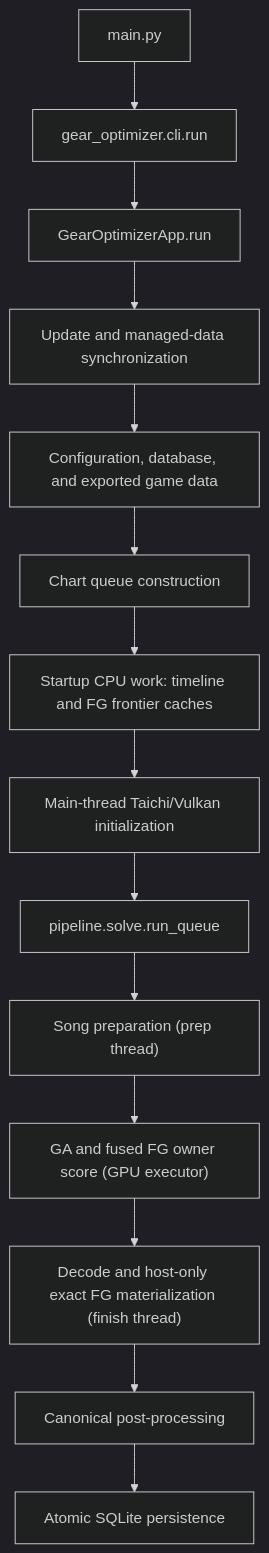
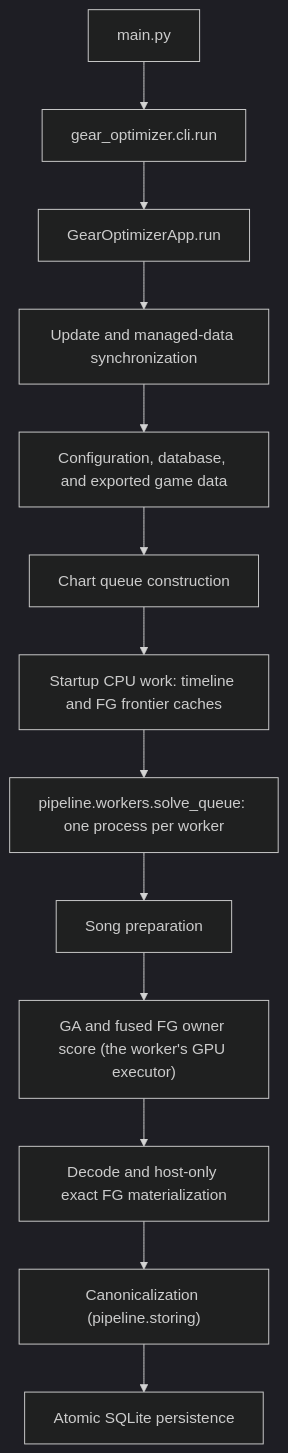
One commit to TheBaconactor/RoBeats-Calculator-Engine changed the first of 3 diagrams in docs/ARCHITECTURE.md. Above: the diagram before and after it, drawn with Mermaid (dark theme). The commit also changed other lines of this file and 39 other files, not shown here.

````diff
--- a/docs/ARCHITECTURE.md
+++ b/docs/ARCHITECTURE.md
@@ -22,16 +22,15 @@
 ```mermaid
 flowchart TD
     A["main.py"] --> B["gear_optimizer.cli.run"]
     B --> C["GearOptimizerApp.run"]
     C --> D["Update and managed-data synchronization"]
     D --> E["Configuration, database, and exported game data"]
     E --> F["Chart queue construction"]
     F --> G["Startup CPU work: timeline and FG frontier caches"]
-    G --> H["Main-thread Taichi/Vulkan initialization"]
-    H --> I["pipeline.solve.run_queue"]
-    I --> J["Song preparation (prep thread)"]
-    J --> K["GA and fused FG owner score (GPU executor)"]
-    K --> L["Decode and host-only exact FG materialization (finish thread)"]
-    L --> N["Canonical post-processing"]
+    G --> I["pipeline.workers.solve_queue: one process per worker"]
+    I --> J["Song preparation"]
+    J --> K["GA and fused FG owner score (the worker's GPU executor)"]
+    K --> L["Decode and host-only exact FG materialization"]
+    L --> N["Canonicalization (pipeline.storing)"]
     N --> O["Atomic SQLite persistence"]
 ```
````
